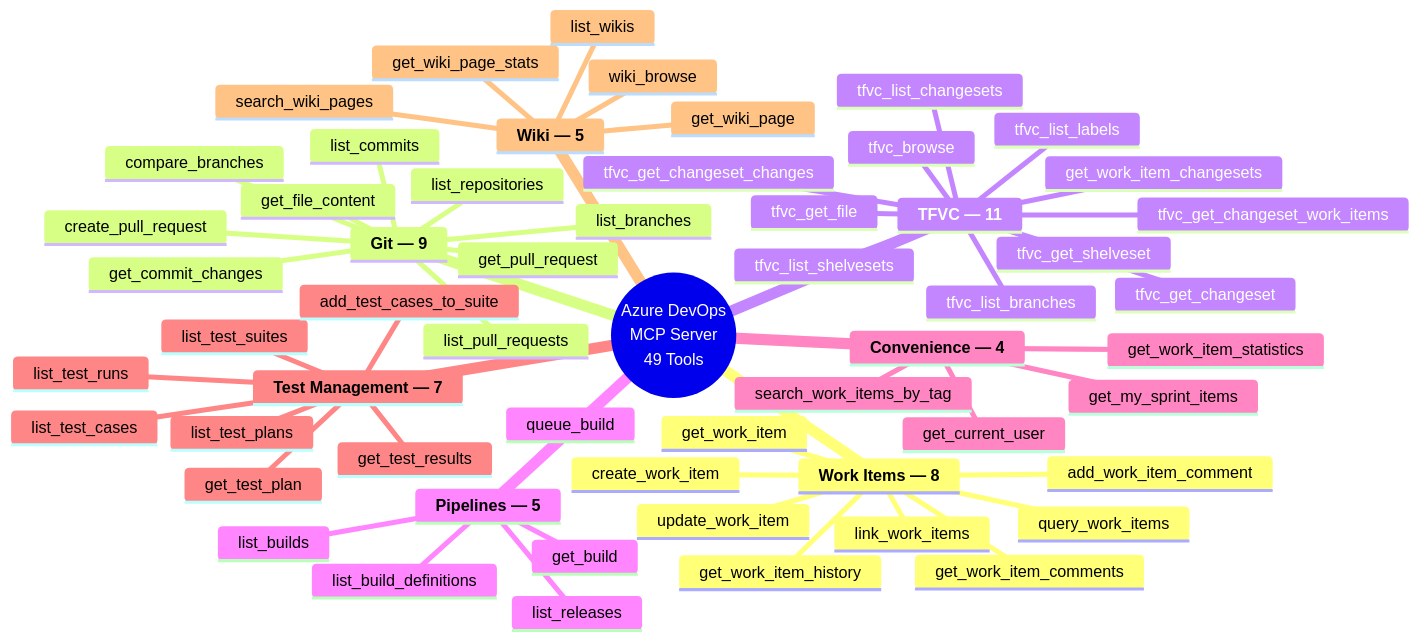
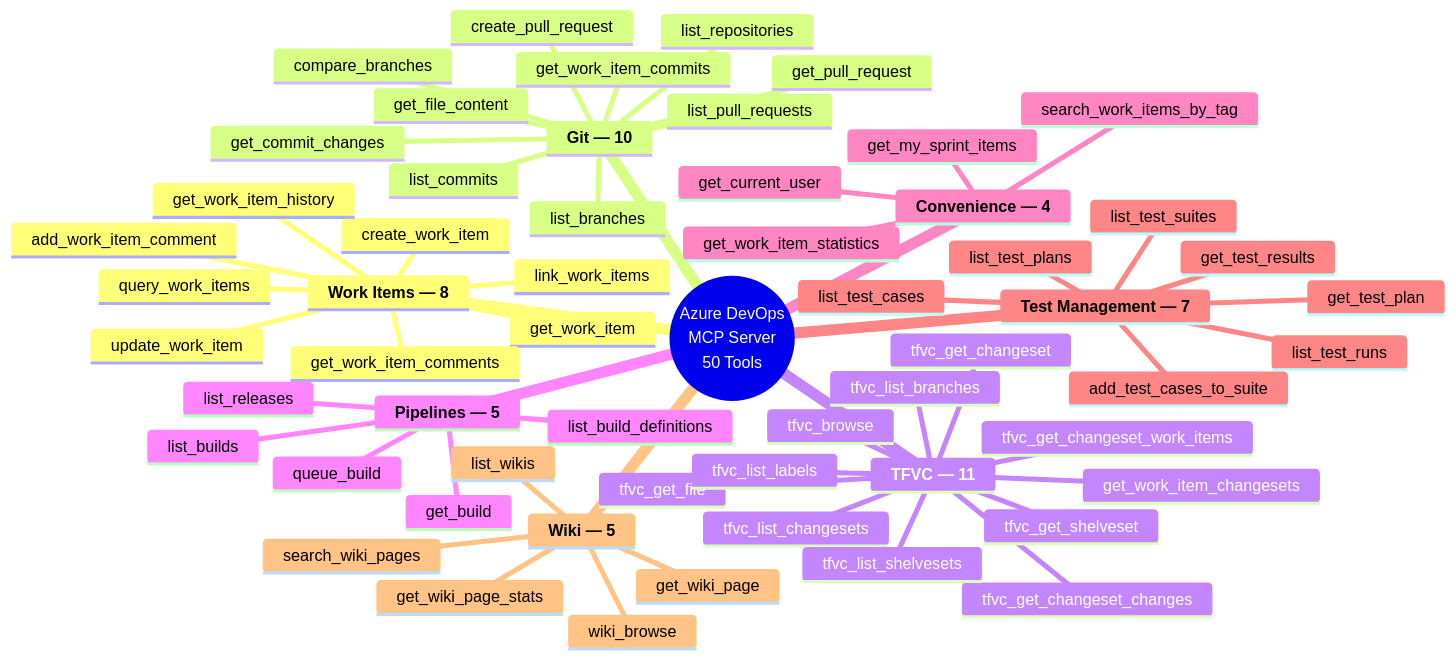
Before and after one commit to burcusipahioglu/azure-devops-mcp-onprem: the diagram in README.md, drawn with Mermaid. The commit also changed other lines of this file and 6 other files, not shown here.

````diff
--- a/README.md
+++ b/README.md
@@ -50,60 +50,61 @@
 ```mermaid
 mindmap
-  root((Azure DevOps<br/>MCP Server<br/>49 Tools))
+  root((Azure DevOps<br/>MCP Server<br/>50 Tools))
     **Work Items — 8**
       query_work_items
       get_work_item
       create_work_item
       update_work_item
       get_work_item_comments
       add_work_item_comment
       link_work_items
       get_work_item_history
-    **Git — 9**
+    **Git — 10**
       list_repositories
       list_branches
       get_file_content
       list_pull_requests
       get_pull_request
       create_pull_request
       list_commits
       get_commit_changes
       compare_branches
+      get_work_item_commits
     **TFVC — 11**
       tfvc_browse
       tfvc_get_file
       tfvc_get_changeset
       tfvc_list_changesets
       tfvc_get_changeset_changes
       tfvc_get_changeset_work_items
       tfvc_list_branches
       tfvc_list_shelvesets
       tfvc_get_shelveset
       tfvc_list_labels
       get_work_item_changesets
     **Pipelines — 5**
       list_build_definitions
       queue_build
       get_build
       list_builds
       list_releases
     **Convenience — 4**
       get_my_sprint_items
       search_work_items_by_tag
       get_work_item_statistics
       get_current_user
     **Test Management — 7**
       list_test_plans
       get_test_plan
       list_test_suites
       list_test_cases
       list_test_runs
       get_test_results
       add_test_cases_to_suite
     **Wiki — 5**
       list_wikis
       get_wiki_page
       wiki_browse
       get_wiki_page_stats
       search_wiki_pages
 ```
````
